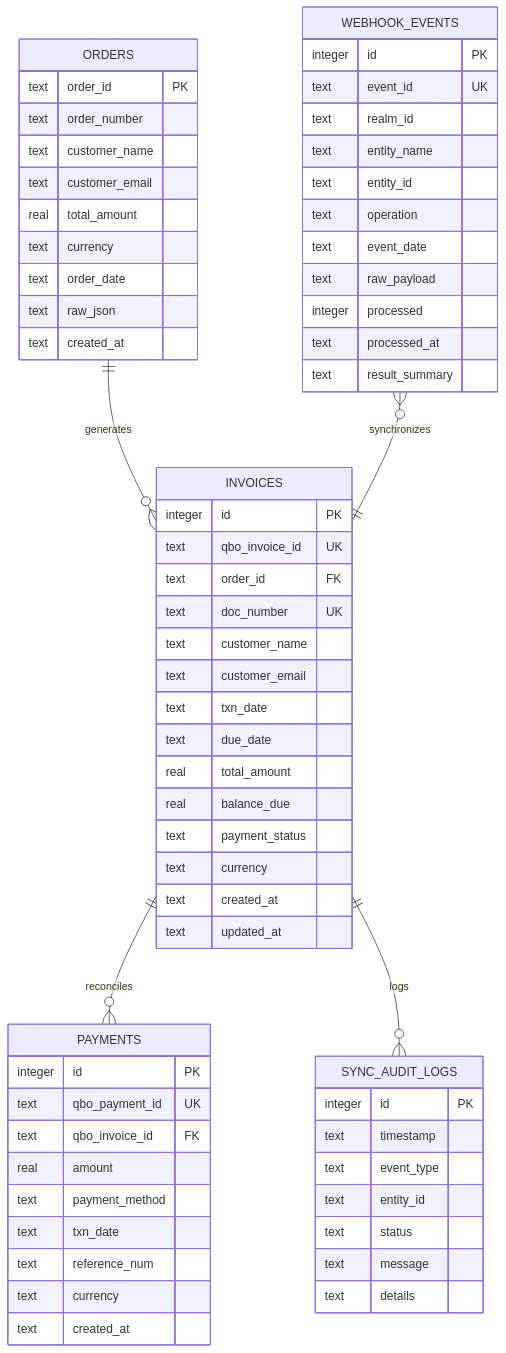
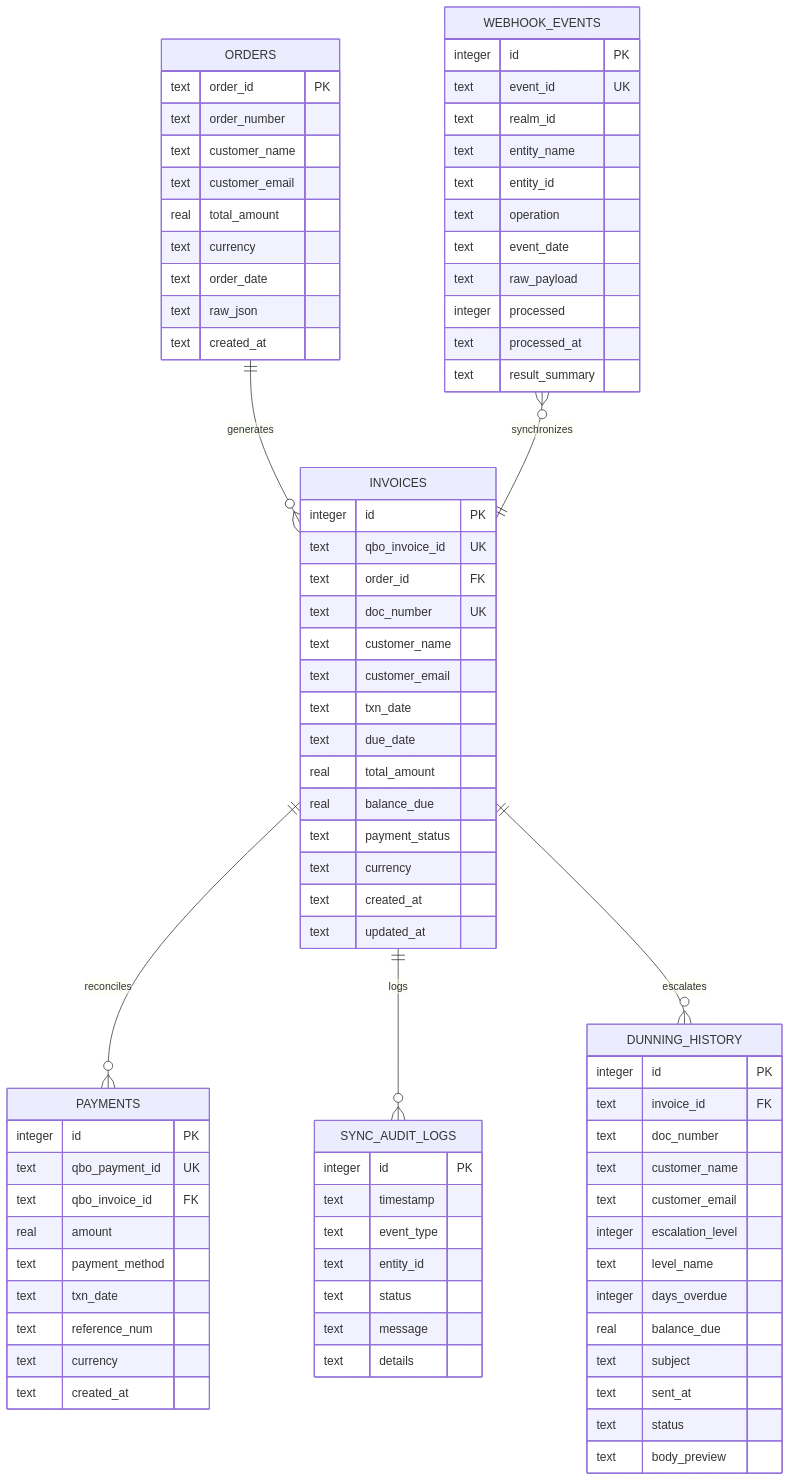
Before and after one commit to breakingthebot/quickbooks-invoice-generator-build131: the second of 2 diagrams in README.md, drawn with Mermaid. The commit also changed other lines of this file and 14 other files, not shown here.

Commit message:
feat: automated dunning escalation engine, AR aging schedule & interactive UI (v1.2.0)

```diff
--- a/README.md
+++ b/README.md
@@ -39,6 +43,7 @@
     INVOICES ||--o{ PAYMENTS : "reconciles"
     INVOICES ||--o{ SYNC_AUDIT_LOGS : "logs"
     WEBHOOK_EVENTS }o--|| INVOICES : "synchronizes"
+    INVOICES ||--o{ DUNNING_HISTORY : "escalates"
 
     ORDERS {
         text order_id PK
@@ -95,6 +100,22 @@
         text result_summary
     }
 
+    DUNNING_HISTORY {
+        integer id PK
+        text invoice_id FK
+        text doc_number
+        text customer_name
+        text customer_email
+        integer escalation_level
+        text level_name
+        integer days_overdue
+        real balance_due
+        text subject
+        text sent_at
+        text status
+        text body_preview
+    }
+
     SYNC_AUDIT_LOGS {
         integer id PK
         text timestamp
```
